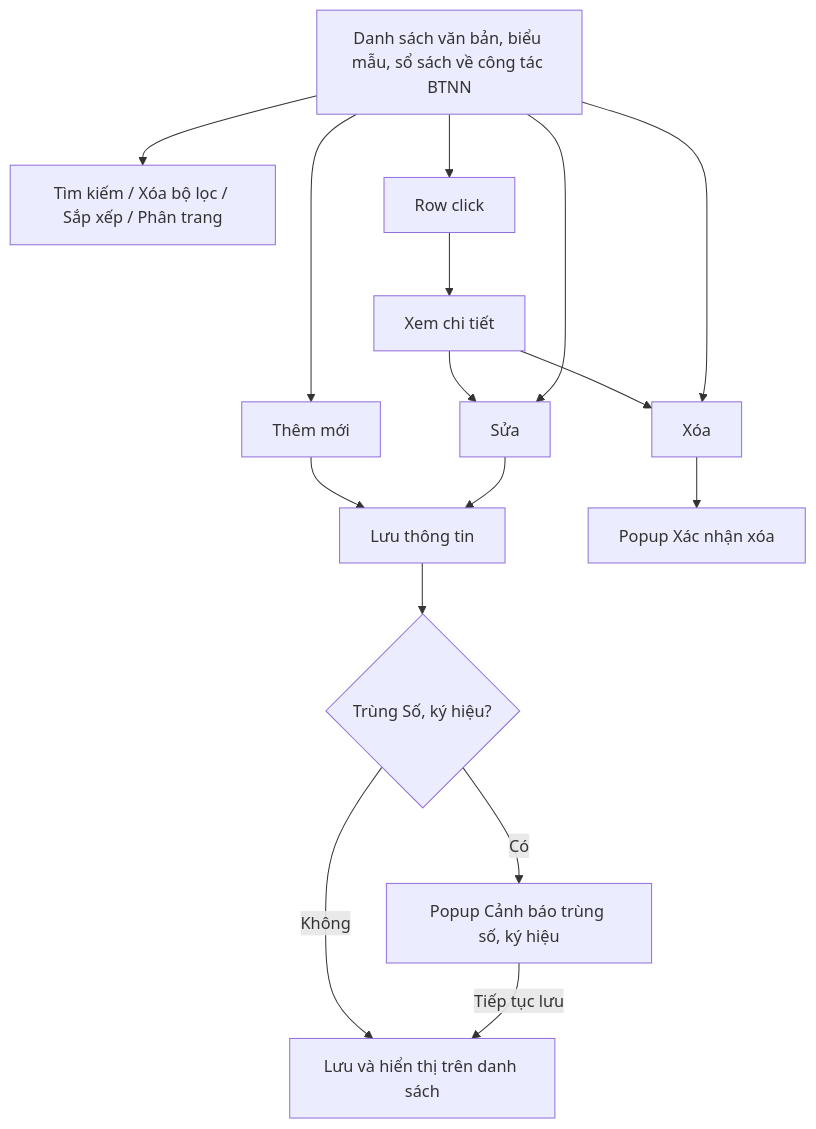
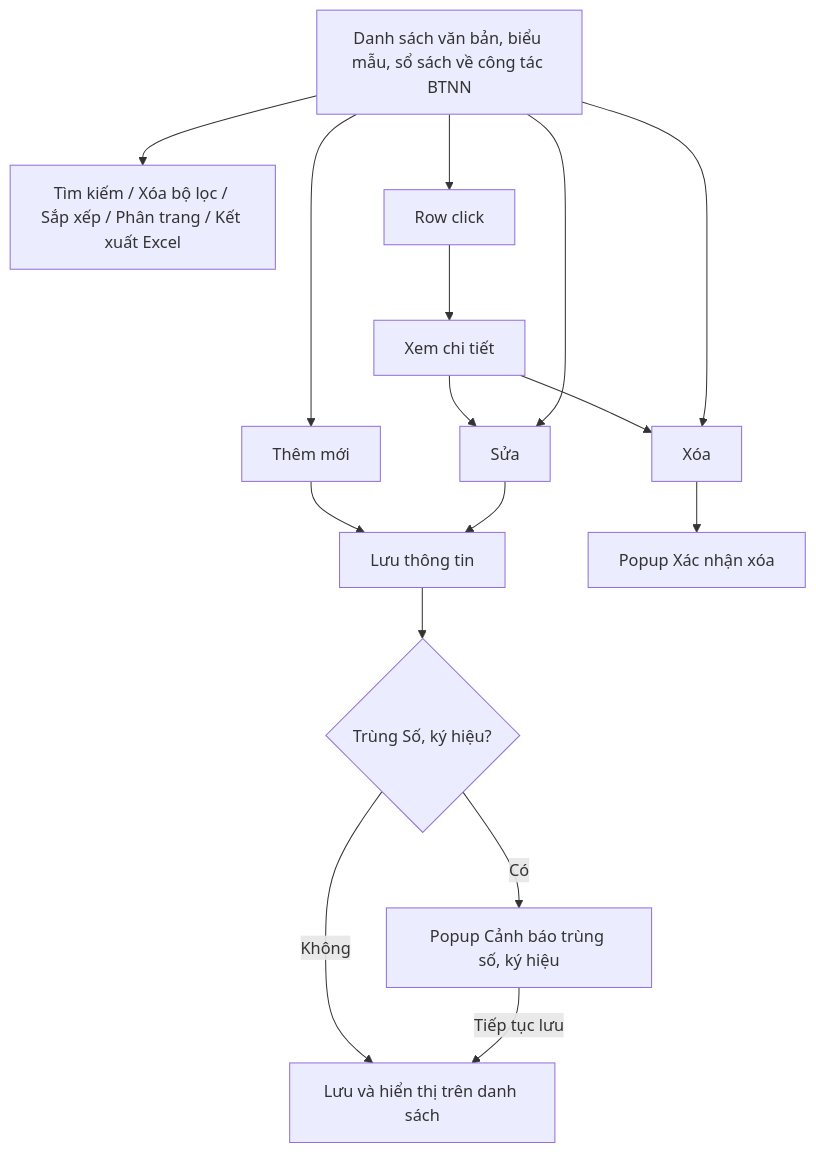
One commit to huyendt2007/BPBD_UI changed the diagram in Tai_lieu_SRS/03_Website_Quan_tri/03_Cong_tac_boi_thuong/SRS_BTNN_BTP_VanBan_BieuMau_SoSach.md. Above: the diagram before and after it, drawn with Mermaid. The commit also changed other lines of this file and 155 other files, not shown here.

First line of the commit message:
feat(btnn): Kết xuất Excel 16 module, Tài liệu đính kèm, Bị trả lại, E-Form DVC

````diff
--- a/Tai_lieu_SRS/03_Website_Quan_tri/03_Cong_tac_boi_thuong/SRS_BTNN_BTP_VanBan_BieuMau_SoSach.md
+++ b/Tai_lieu_SRS/03_Website_Quan_tri/03_Cong_tac_boi_thuong/SRS_BTNN_BTP_VanBan_BieuMau_SoSach.md
@@ -27,14 +27,14 @@
 ```mermaid
 flowchart TD
-    A[Danh sách văn bản, biểu mẫu, sổ sách về công tác BTNN] --> B[Tìm kiếm / Xóa bộ lọc / Sắp xếp / Phân trang]
+    A[Danh sách văn bản, biểu mẫu, sổ sách về công tác BTNN] --> B[Tìm kiếm / Xóa bộ lọc / Sắp xếp / Phân trang / Kết xuất Excel]
     A --> G[Row click] --> K[Xem chi tiết]
     K --> E
     K --> F
     A --> C[Thêm mới] --> D[Lưu thông tin]
     A --> E[Sửa] --> D
     D --> W{Trùng Số, ký hiệu?}
     W -->|Có| P[Popup Cảnh báo trùng số, ký hiệu]
     W -->|Không| S[Lưu và hiển thị trên danh sách]
     P -->|Tiếp tục lưu| S
     A --> F[Xóa] --> X[Popup Xác nhận xóa]
 ```
````
